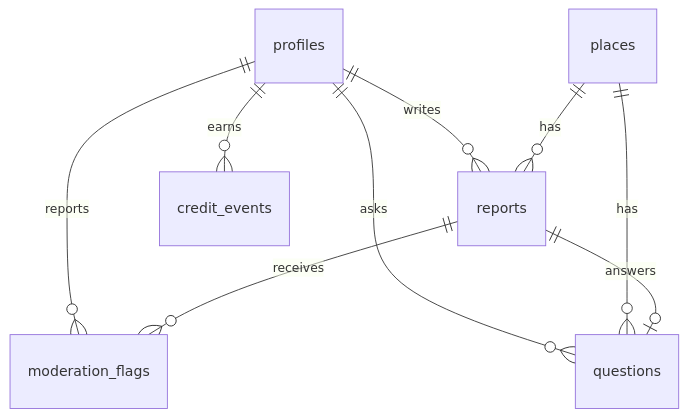
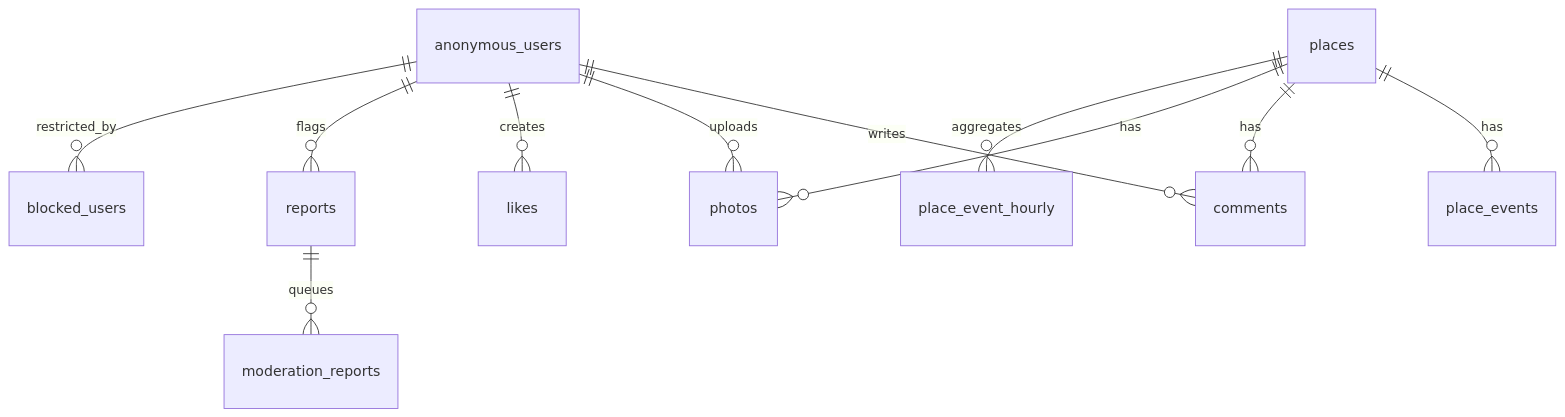
The diagram in _workspace/03_db_schema.md (dudqks0319-cpu/silsigan-place-sns), drawn with Mermaid before and after one commit. The commit also changed other lines of this file and 85 other files, not shown here.

````diff
--- a/_workspace/03_db_schema.md
+++ b/_workspace/03_db_schema.md
@@ -5,11 +5,13 @@
 ```mermaid
 erDiagram
-  profiles ||--o{ reports : writes
-  profiles ||--o{ questions : asks
-  profiles ||--o{ credit_events : earns
-  profiles ||--o{ moderation_flags : reports
-  places ||--o{ reports : has
-  places ||--o{ questions : has
-  reports ||--o{ moderation_flags : receives
-  reports ||--o| questions : answers
+  anonymous_users ||--o{ comments : writes
+  anonymous_users ||--o{ photos : uploads
+  anonymous_users ||--o{ likes : creates
+  anonymous_users ||--o{ reports : flags
+  anonymous_users ||--o{ blocked_users : restricted_by
+  reports ||--o{ moderation_reports : queues
+  places ||--o{ place_events : has
+  places ||--o{ comments : has
+  places ||--o{ photos : has
+  places ||--o{ place_event_hourly : aggregates
 ```
````
